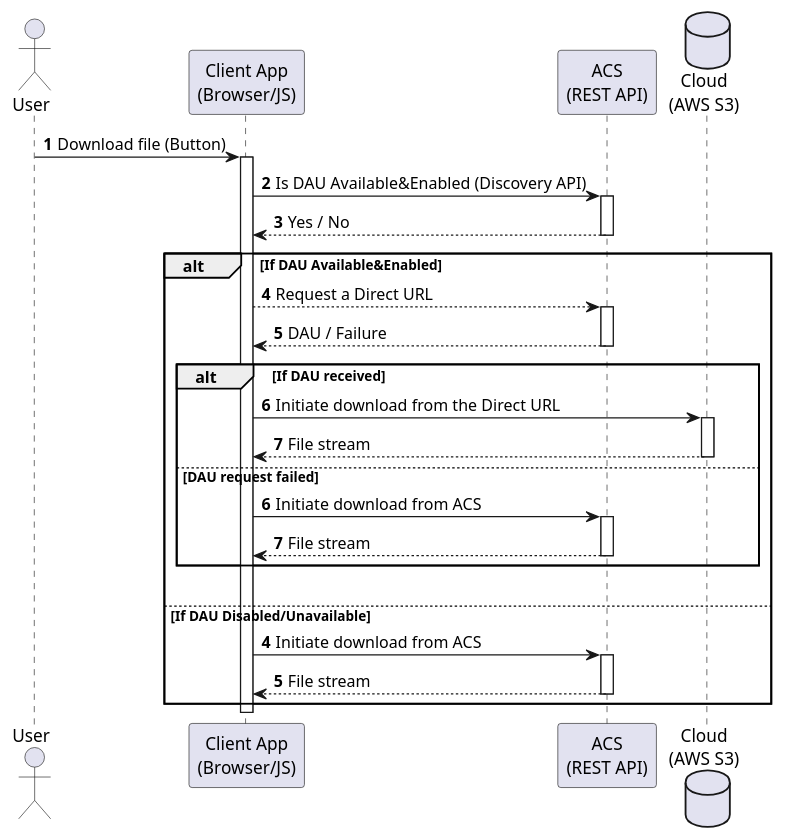
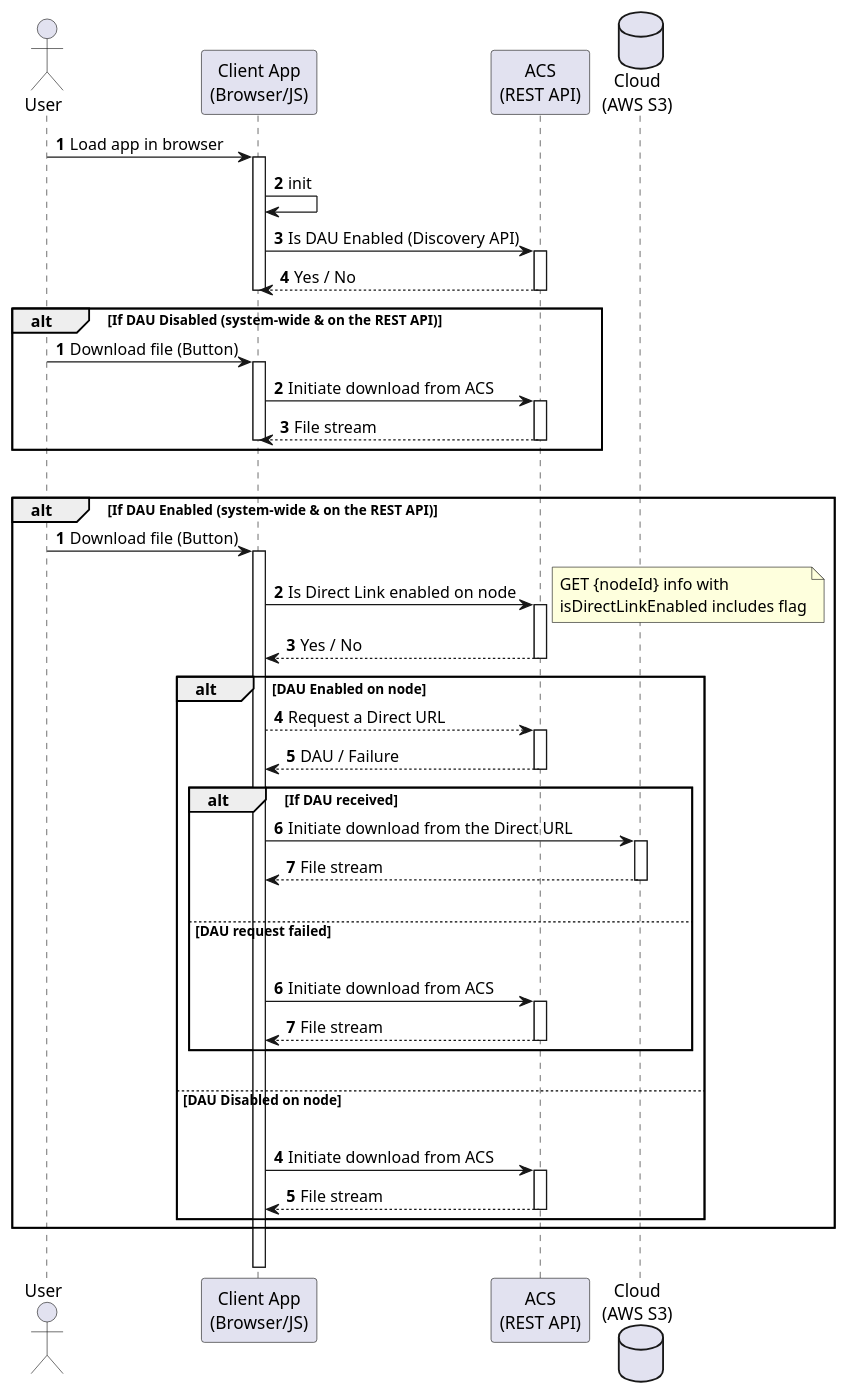
One commit to Alfresco/acs-packaging changed the eighth of 8 diagrams in docs/design-doc-direct-access-links.md. Above: the diagram before and after it, drawn with PlantUML. The commit also changed other lines of this file and 2 other files, not shown here.

First line of the commit message:
ACS-595 Direct Access URLs design document [skip ci]

````diff
--- a/docs/design-doc-direct-access-links.md
+++ b/docs/design-doc-direct-access-links.md
@@ -746,36 +796,64 @@
 ```puml
 @startuml
 actor User
 participant "Client App\n(Browser/JS)" as App
 participant "ACS\n(REST API)" as ACS
 database "Cloud\n(AWS S3)" as Cloud
 
 
 autonumber
-User -> App ++ : Download file (Button)
 
-App -> ACS ++: Is DAU Available&Enabled (Discovery API)
+User -> App ++ : Load app in browser
+App -> App : init
+App -> ACS ++: Is DAU Enabled (Discovery API)
 return Yes / No
+deactivate App
 
-alt If DAU Available&Enabled
-    App --> ACS ++ : Request a Direct URL
-    return DAU / Failure
 
-    alt If DAU received
-        App -> Cloud ++ : Initiate download from the Direct URL
-        return File stream
-    else DAU request failed
-        autonumber 6
+
+alt If DAU Disabled (system-wide & on the REST API)
+    autonumber
+    User -> App ++ : Download file (Button)
+    App -> ACS ++ : Initiate download from ACS
+    return File stream
+    deactivate App
+end
+|||
+
+alt If DAU Enabled (system-wide & on the REST API)
+    autonumber
+    User -> App ++ : Download file (Button)
+    
+    App -> ACS ++ : Is Direct Link enabled on node
+    note right: GET {nodeId} info with\nisDirectLinkEnabled includes flag
+    return Yes / No
+    
+
+    alt DAU Enabled on node
+        App --> ACS ++ : Request a Direct URL
+        return DAU / Failure
+
+        alt If DAU received
+            App -> Cloud ++ : Initiate download from the Direct URL
+            return File stream
+            |||
+        else DAU request failed
+            |||
+            autonumber 6
+            App -> ACS ++ : Initiate download from ACS
+            return File stream
+        end
+        |||
+    else DAU Disabled on node
+        |||
+        autonumber 4
         App -> ACS ++ : Initiate download from ACS
         return File stream
     end
-|||
-else If DAU Disabled/Unavailable
-    autonumber 4
-    App -> ACS ++ : Initiate download from ACS
-    return File stream
 end
 
+|||
 deactivate App
+
 @enduml
 ```
````
